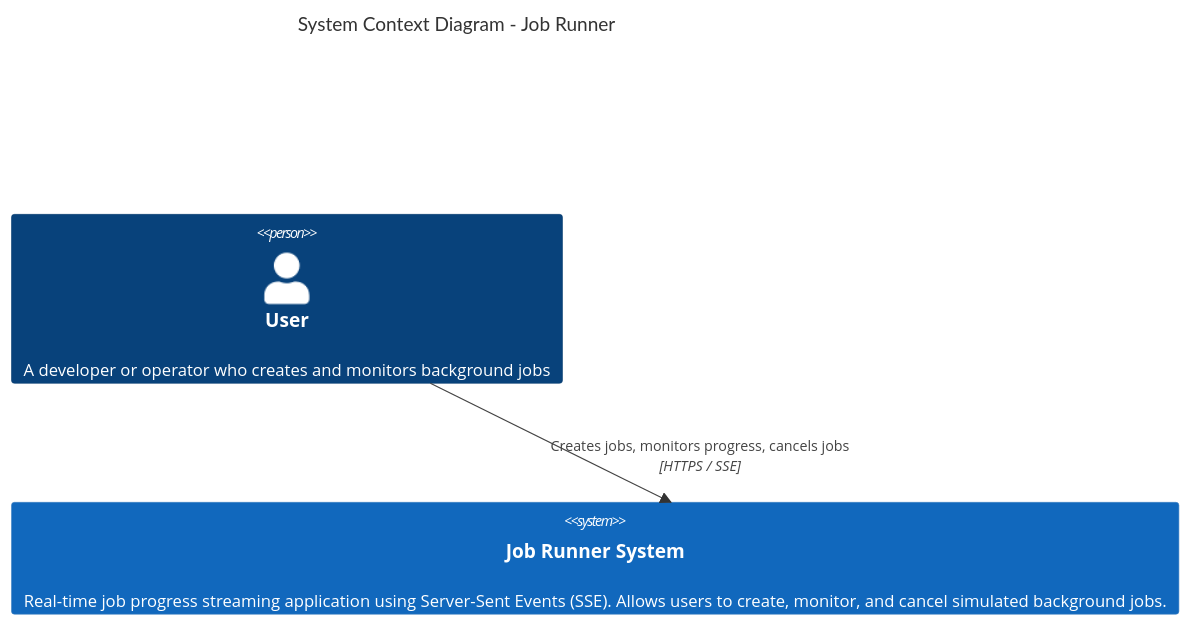
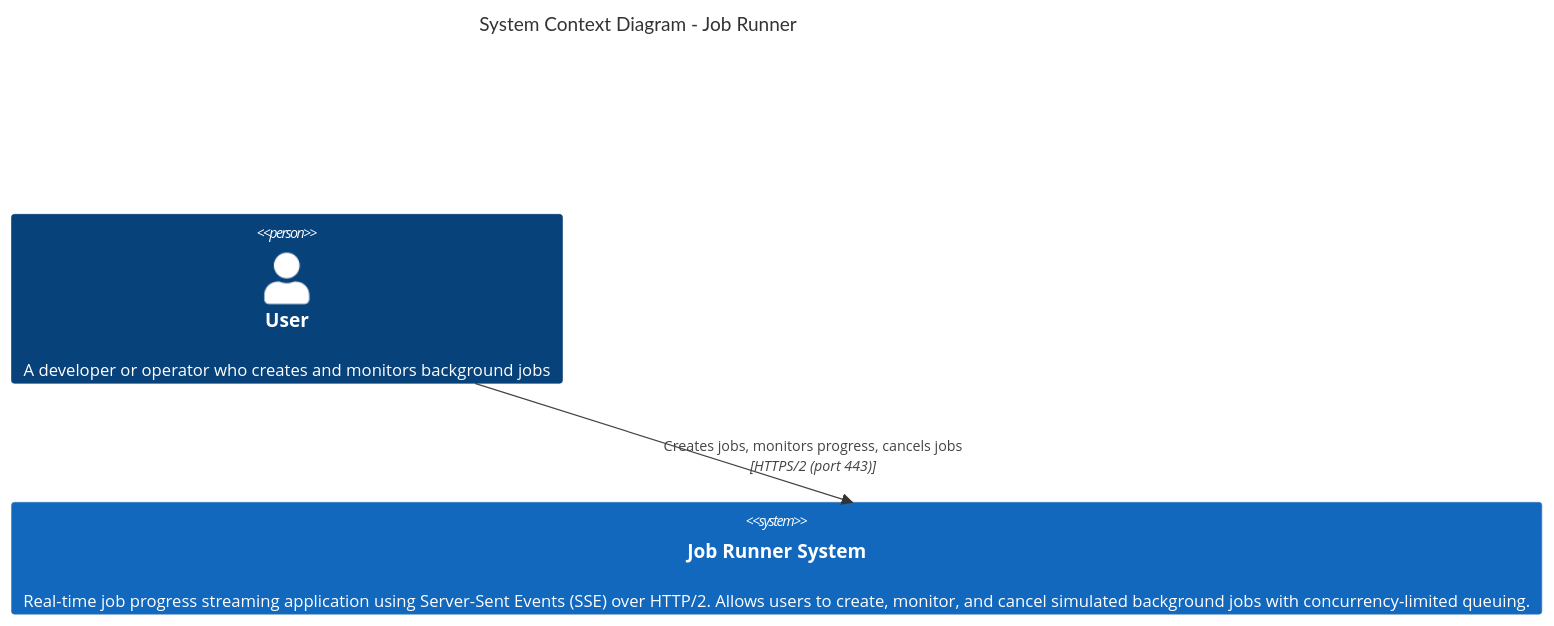
Before and after one commit to andrewhouser/job-runner: the diagram in diagrams/C1-system-context.md, drawn with Mermaid. The commit also changed other lines of this file and 10 other files, not shown here.

````diff
--- a/diagrams/C1-system-context.md
+++ b/diagrams/C1-system-context.md
@@ -5,10 +5,10 @@
 ```mermaid
 C4Context
     title System Context Diagram - Job Runner
 
     Person(user, "User", "A developer or operator who creates and monitors background jobs")
 
-    System(jobRunner, "Job Runner System", "Real-time job progress streaming application using Server-Sent Events (SSE). Allows users to create, monitor, and cancel simulated background jobs.")
+    System(jobRunner, "Job Runner System", "Real-time job progress streaming application using Server-Sent Events (SSE) over HTTP/2. Allows users to create, monitor, and cancel simulated background jobs with concurrency-limited queuing.")
 
-    Rel(user, jobRunner, "Creates jobs, monitors progress, cancels jobs", "HTTPS / SSE")
+    Rel(user, jobRunner, "Creates jobs, monitors progress, cancels jobs", "HTTPS/2 (port 443)")
 ```
````
